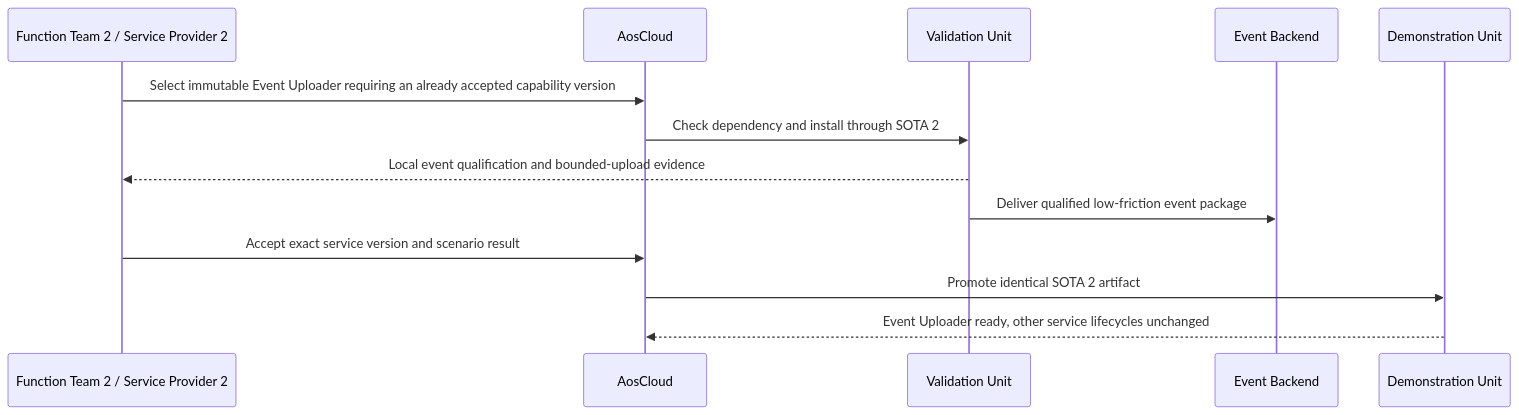
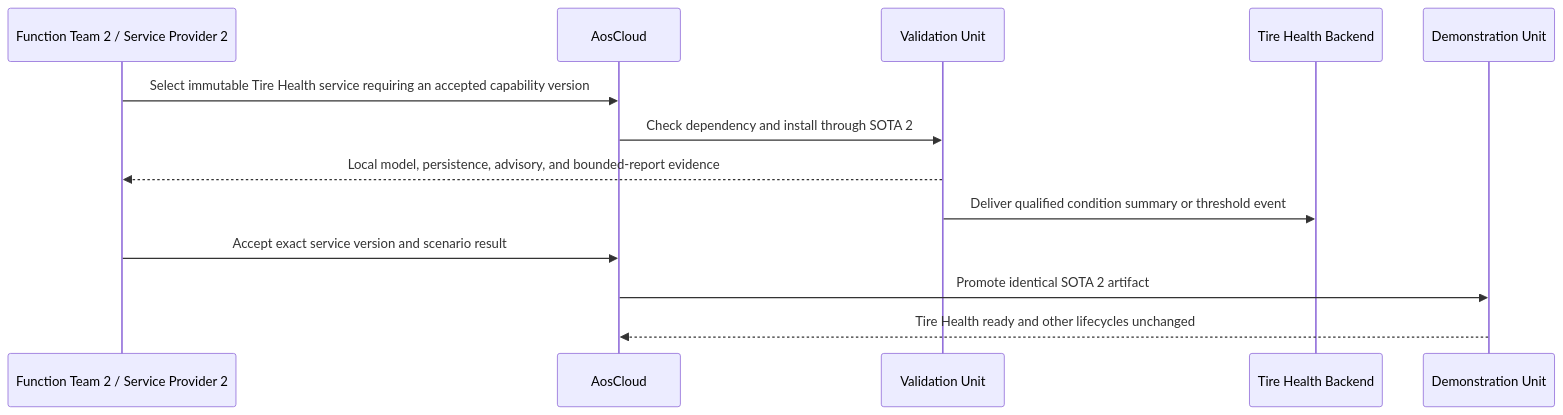
One commit to alexmaninblack/aosedge-sdv-demo changed diagram 14 of 17 in docs/architecture/demo-scenario-architecture-flows.md. Above: the diagram before and after it, drawn with Mermaid. The commit also changed other lines of this file and 30 other files, not shown here.

Commit message:
docs: adopt tire health for function team 2

````diff
--- a/docs/architecture/demo-scenario-architecture-flows.md
+++ b/docs/architecture/demo-scenario-architecture-flows.md
@@ -741,16 +740,16 @@
 ```mermaid
 sequenceDiagram
     participant FT2 as Function Team 2 / Service Provider 2
     participant AC as AosCloud
     participant VU as Validation Unit
-    participant EB as Event Backend
+    participant TB as Tire Health Backend
     participant DU as Demonstration Unit
 
-    FT2->>AC: Select immutable Event Uploader requiring an already accepted capability version
+    FT2->>AC: Select immutable Tire Health service requiring an accepted capability version
     AC->>VU: Check dependency and install through SOTA 2
-    VU-->>FT2: Local event qualification and bounded-upload evidence
-    VU->>EB: Deliver qualified low-friction event package
+    VU-->>FT2: Local model, persistence, advisory, and bounded-report evidence
+    VU->>TB: Deliver qualified condition summary or threshold event
     FT2->>AC: Accept exact service version and scenario result
     AC->>DU: Promote identical SOTA 2 artifact
-    DU-->>AC: Event Uploader ready, other service lifecycles unchanged
+    DU-->>AC: Tire Health ready and other lifecycles unchanged
 ```
````
